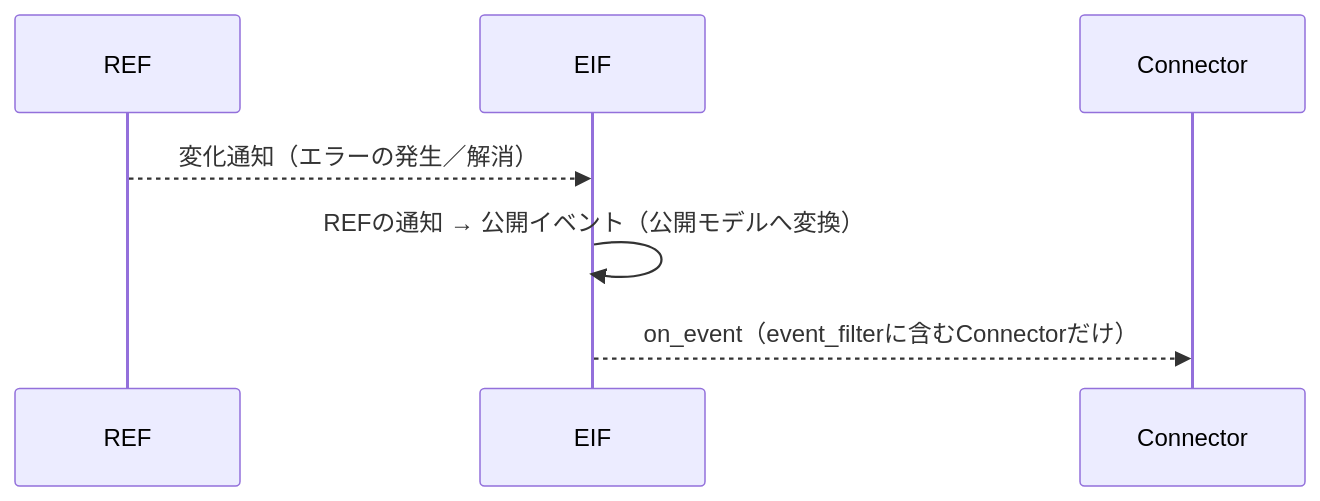
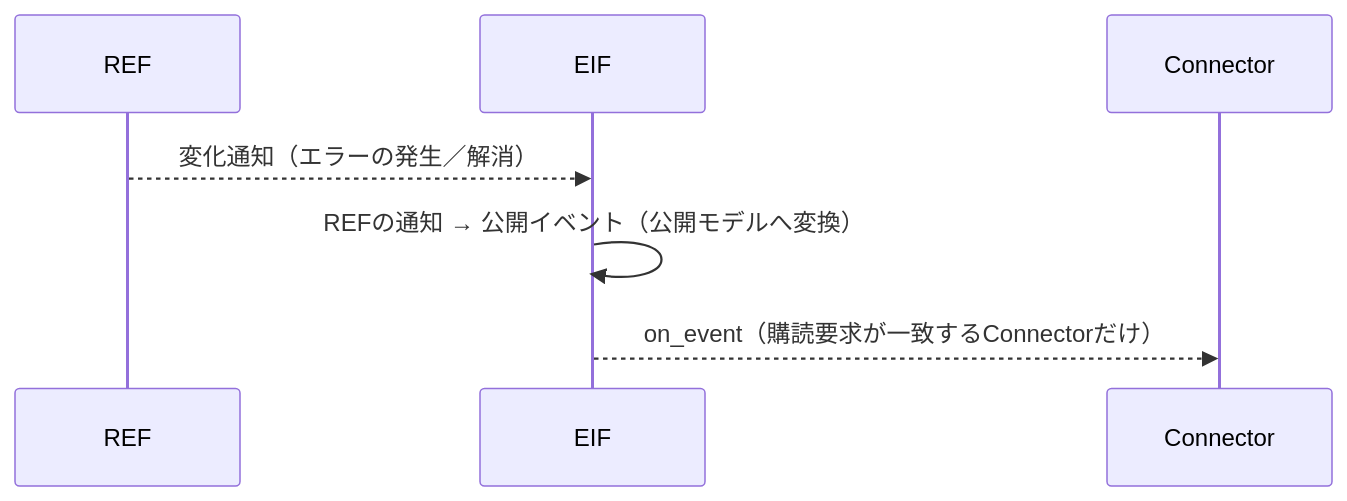
Before and after one commit to ceedling-vxworks-test-generator/EIF-design: the eighth of 8 diagrams in 03.EIF設計/設計/仕様設計書.md, drawn with Mermaid. The commit also changed other lines of this file and 10 other files, not shown here.

First line of the commit message:
購読登録を購読要求（EIF_SubscriptionRequest）方式に変更、コード構成ツールと登録・購読の図を追加

````diff
--- a/03.EIF設計/設計/仕様設計書.md
+++ b/03.EIF設計/設計/仕様設計書.md
@@ -1098,9 +1136,9 @@
 ```mermaid
 sequenceDiagram
     participant REF as REF
     participant EIF as EIF
     participant CN as Connector
     REF-->>EIF: 変化通知（エラーの発生／解消）
     EIF->>EIF: REFの通知 → 公開イベント（公開モデルへ変換）
-    EIF-->>CN: on_event（event_filterに含むConnectorだけ）
+    EIF-->>CN: on_event（購読要求が一致するConnectorだけ）
 ```
````
